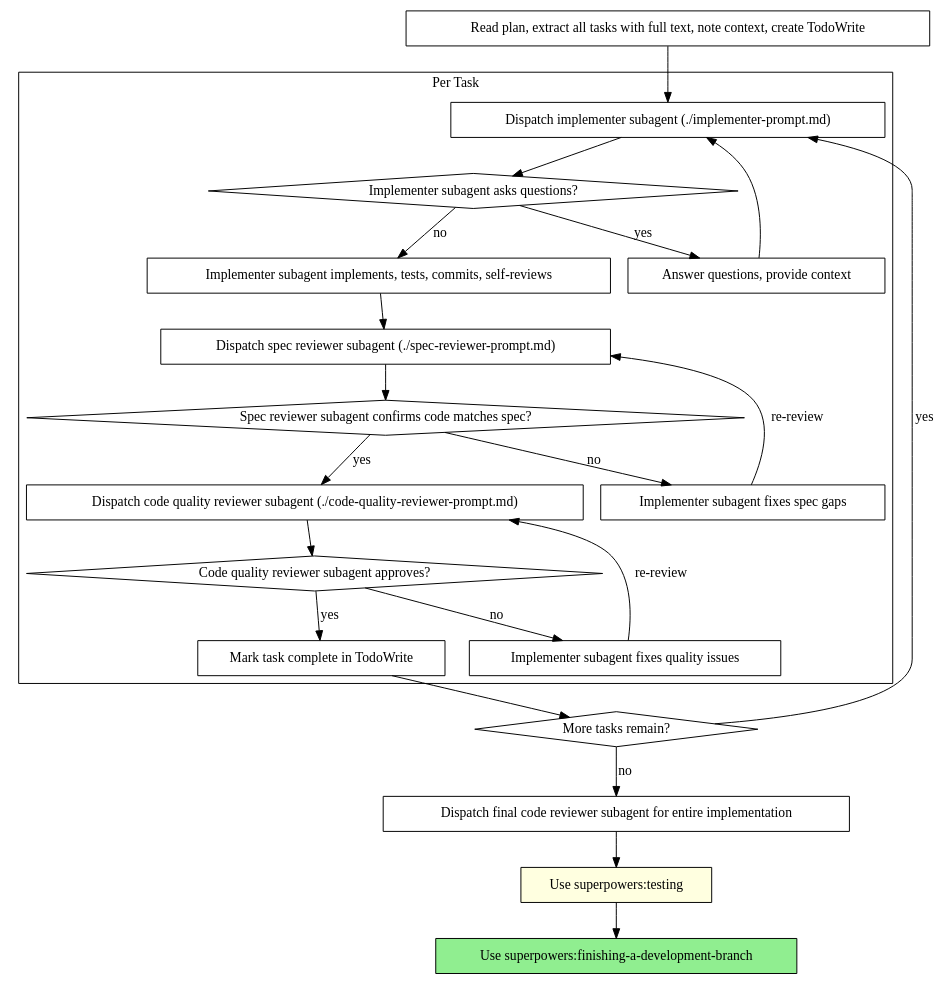
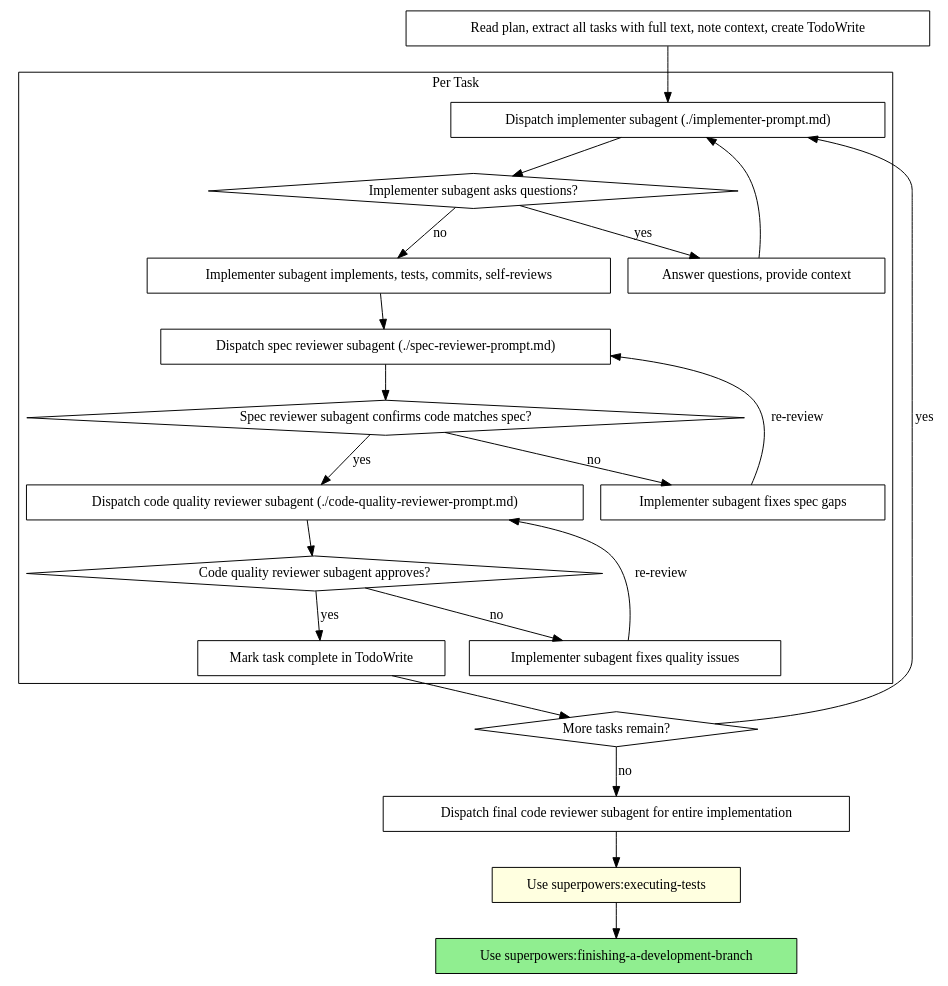
Before and after one commit to ekain-fr/superpowers: the second of 2 diagrams in skills/subagent-driven-development/SKILL.md, drawn with Graphviz. The commit also changed other lines of this file and 8 other files, not shown here.

First line of the commit message:
refactor: rename 'testing' skill to 'executing-tests'

````diff
--- a/skills/subagent-driven-development/SKILL.md
+++ b/skills/subagent-driven-development/SKILL.md
@@ -40,46 +40,46 @@
 ```dot
 digraph process {
     rankdir=TB;
 
     subgraph cluster_per_task {
         label="Per Task";
         "Dispatch implementer subagent (./implementer-prompt.md)" [shape=box];
         "Implementer subagent asks questions?" [shape=diamond];
         "Answer questions, provide context" [shape=box];
         "Implementer subagent implements, tests, commits, self-reviews" [shape=box];
         "Dispatch spec reviewer subagent (./spec-reviewer-prompt.md)" [shape=box];
         "Spec reviewer subagent confirms code matches spec?" [shape=diamond];
         "Implementer subagent fixes spec gaps" [shape=box];
         "Dispatch code quality reviewer subagent (./code-quality-reviewer-prompt.md)" [shape=box];
         "Code quality reviewer subagent approves?" [shape=diamond];
         "Implementer subagent fixes quality issues" [shape=box];
         "Mark task complete in TodoWrite" [shape=box];
     }
 
     "Read plan, extract all tasks with full text, note context, create TodoWrite" [shape=box];
     "More tasks remain?" [shape=diamond];
     "Dispatch final code reviewer subagent for entire implementation" [shape=box];
-    "Use superpowers:testing" [shape=box style=filled fillcolor=lightyellow];
+    "Use superpowers:executing-tests" [shape=box style=filled fillcolor=lightyellow];
     "Use superpowers:finishing-a-development-branch" [shape=box style=filled fillcolor=lightgreen];
 
     "Read plan, extract all tasks with full text, note context, create TodoWrite" -> "Dispatch implementer subagent (./implementer-prompt.md)";
     "Dispatch implementer subagent (./implementer-prompt.md)" -> "Implementer subagent asks questions?";
     "Implementer subagent asks questions?" -> "Answer questions, provide context" [label="yes"];
     "Answer questions, provide context" -> "Dispatch implementer subagent (./implementer-prompt.md)";
     "Implementer subagent asks questions?" -> "Implementer subagent implements, tests, commits, self-reviews" [label="no"];
     "Implementer subagent implements, tests, commits, self-reviews" -> "Dispatch spec reviewer subagent (./spec-reviewer-prompt.md)";
     "Dispatch spec reviewer subagent (./spec-reviewer-prompt.md)" -> "Spec reviewer subagent confirms code matches spec?";
     "Spec reviewer subagent confirms code matches spec?" -> "Implementer subagent fixes spec gaps" [label="no"];
     "Implementer subagent fixes spec gaps" -> "Dispatch spec reviewer subagent (./spec-reviewer-prompt.md)" [label="re-review"];
     "Spec reviewer subagent confirms code matches spec?" -> "Dispatch code quality reviewer subagent (./code-quality-reviewer-prompt.md)" [label="yes"];
     "Dispatch code quality reviewer subagent (./code-quality-reviewer-prompt.md)" -> "Code quality reviewer subagent approves?";
     "Code quality reviewer subagent approves?" -> "Implementer subagent fixes quality issues" [label="no"];
     "Implementer subagent fixes quality issues" -> "Dispatch code quality reviewer subagent (./code-quality-reviewer-prompt.md)" [label="re-review"];
     "Code quality reviewer subagent approves?" -> "Mark task complete in TodoWrite" [label="yes"];
     "Mark task complete in TodoWrite" -> "More tasks remain?";
     "More tasks remain?" -> "Dispatch implementer subagent (./implementer-prompt.md)" [label="yes"];
     "More tasks remain?" -> "Dispatch final code reviewer subagent for entire implementation" [label="no"];
-    "Dispatch final code reviewer subagent for entire implementation" -> "Use superpowers:testing";
-    "Use superpowers:testing" -> "Use superpowers:finishing-a-development-branch";
+    "Dispatch final code reviewer subagent for entire implementation" -> "Use superpowers:executing-tests";
+    "Use superpowers:executing-tests" -> "Use superpowers:finishing-a-development-branch";
 }
 ```
````
